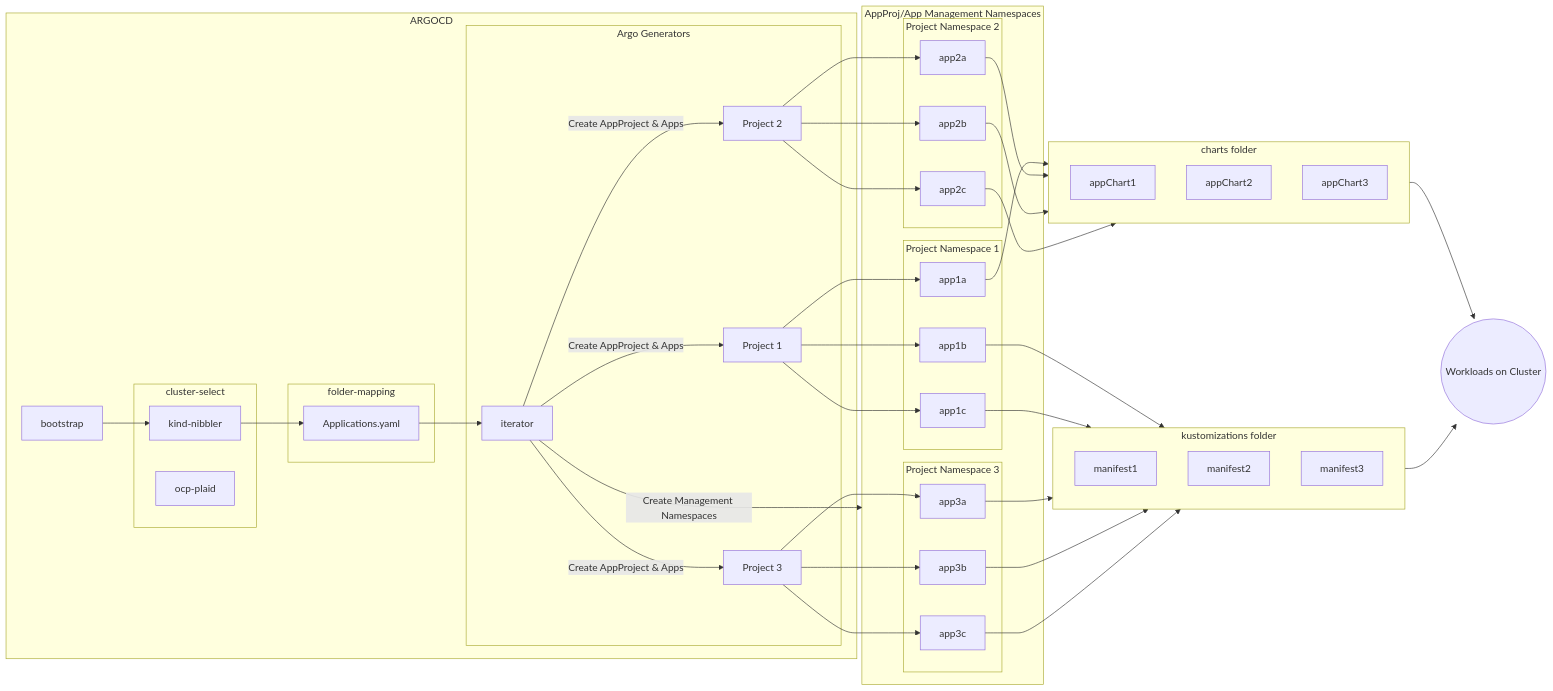
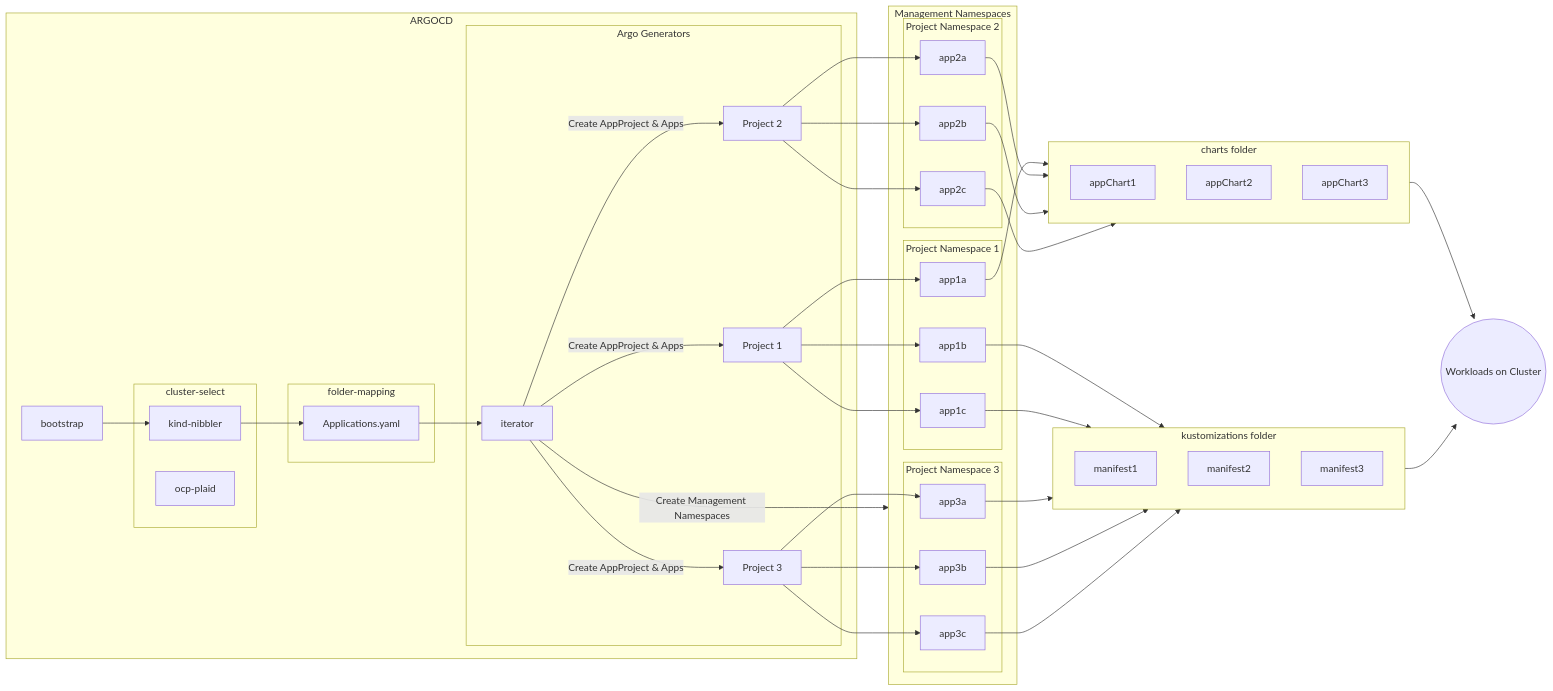
One commit to tkjode/admiral changed the diagram in base/argocd/helm/application-generator/README.md. Above: the diagram before and after it, drawn with Mermaid. The commit also changed 1 other file, not shown here.

Commit message:
feat(argo): more appgen

```diff
--- a/base/argocd/helm/application-generator/README.md
+++ b/base/argocd/helm/application-generator/README.md
@@ -39,7 +39,7 @@
 
   end
 
-  subgraph managementNS ["AppProj/App Management Namespaces"]
+  subgraph managementNS ["Management Namespaces"]
     subgraph projNS1 ["Project Namespace 1"]
 
       app1a
```
